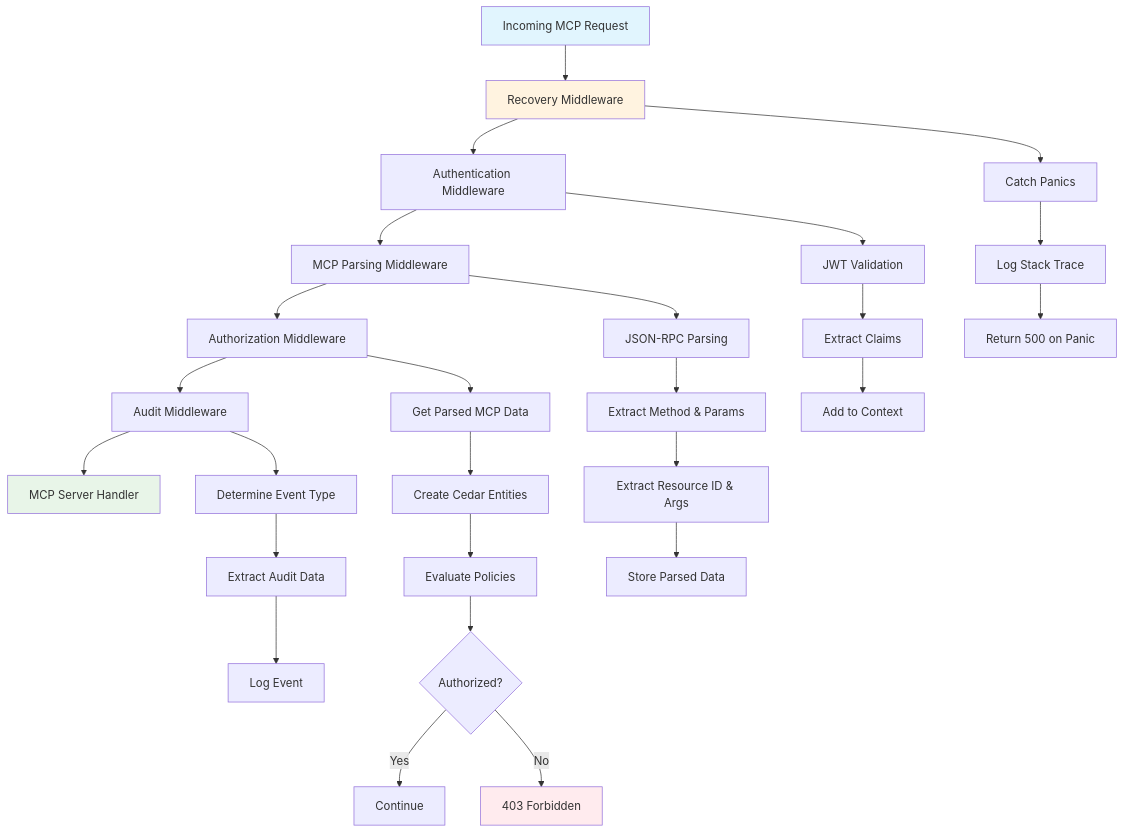
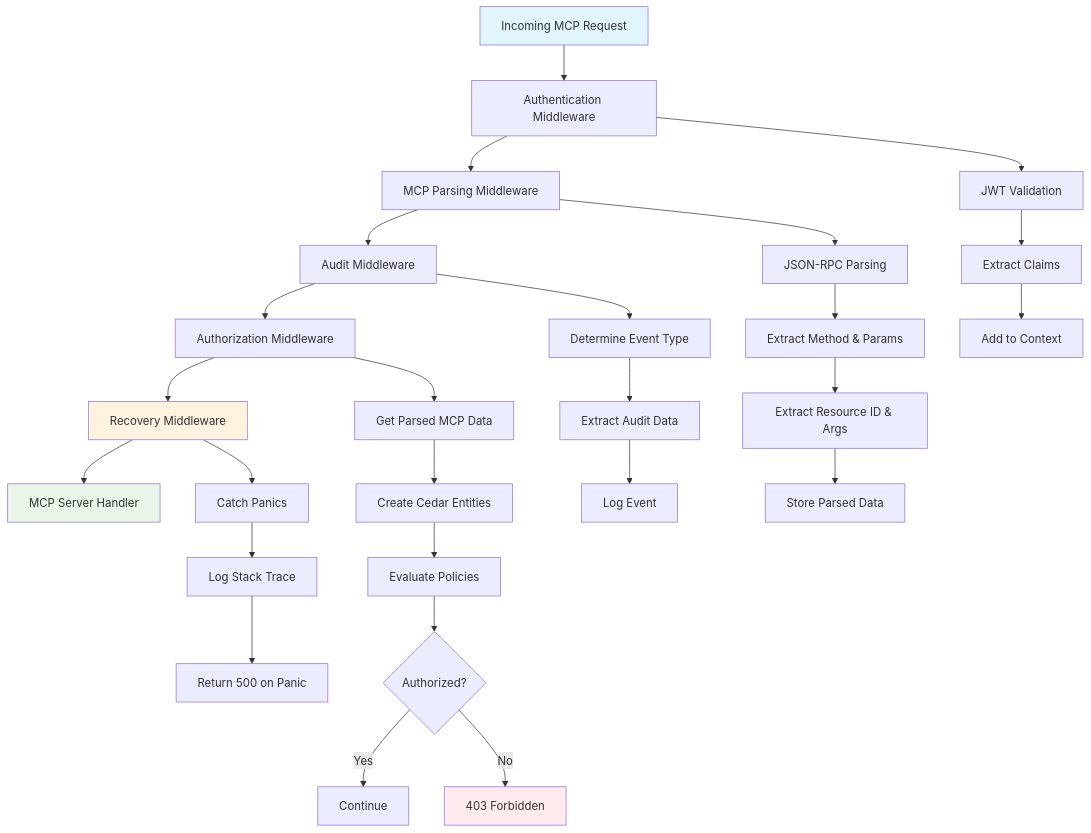
Before and after one commit to stacklok/toolhive: the first of 4 diagrams in docs/middleware.md, drawn with Mermaid. The commit also changed other lines of this file and 7 other files, not shown here.

First line of the commit message:
Audit authorization denials on the proxy runner path

````diff
--- a/docs/middleware.md
+++ b/docs/middleware.md
@@ -60,38 +60,38 @@
 ```mermaid
 graph TD
-    A[Incoming MCP Request] --> R[Recovery Middleware]
-    R --> B[Authentication Middleware]
+    A[Incoming MCP Request] --> B[Authentication Middleware]
     B --> C[MCP Parsing Middleware]
-    C --> D[Authorization Middleware]
-    D --> E[Audit Middleware]
-    E --> F[MCP Server Handler]
+    C --> E[Audit Middleware]
+    E --> D[Authorization Middleware]
+    D --> R[Recovery Middleware]
+    R --> F[MCP Server Handler]
 
     R --> R1[Catch Panics]
     R1 --> R2[Log Stack Trace]
     R2 --> R3[Return 500 on Panic]
 
     B --> B1[JWT Validation]
     B1 --> B2[Extract Claims]
     B2 --> B3[Add to Context]
 
     C --> C1[JSON-RPC Parsing]
     C1 --> C2[Extract Method & Params]
     C2 --> C3[Extract Resource ID & Args]
     C3 --> C4[Store Parsed Data]
 
     D --> D1[Get Parsed MCP Data]
     D1 --> D2[Create Cedar Entities]
     D2 --> D3[Evaluate Policies]
     D3 --> D4{Authorized?}
     D4 -->|Yes| D5[Continue]
     D4 -->|No| D6[403 Forbidden]
 
     E --> E1[Determine Event Type]
     E1 --> E2[Extract Audit Data]
     E2 --> E3[Log Event]
 
     style A fill:#e1f5fe
     style R fill:#fff3e0
     style F fill:#e8f5e8
     style D6 fill:#ffebee
 ```
````
